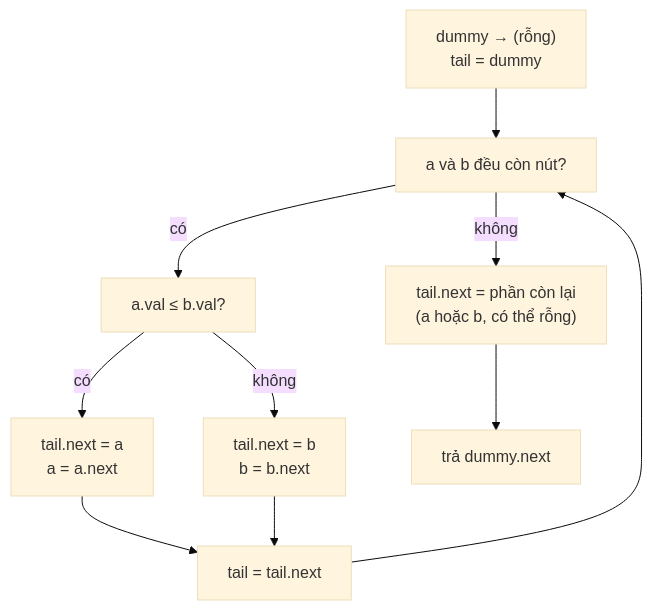
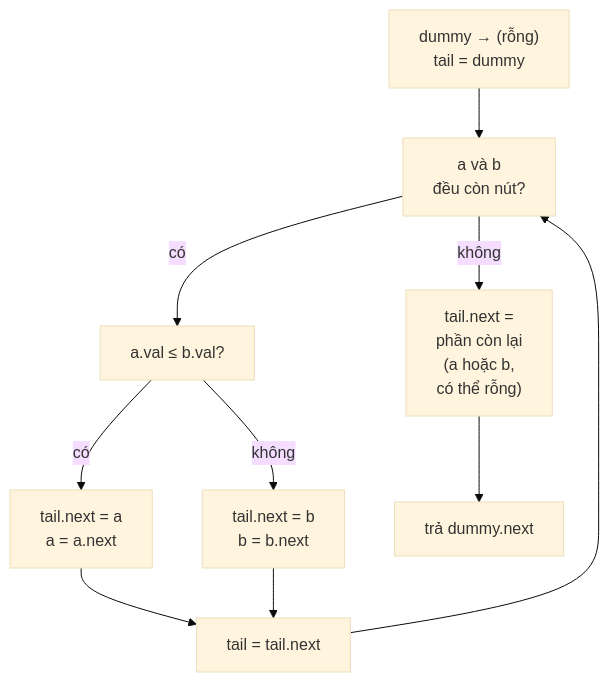
One commit to duongbui234/software-engineering-atlas changed the diagram in content/problems/merge-two-sorted-lists.md. Above: the diagram before and after it, drawn with Mermaid (base theme). The commit also changed 134 other files, not shown here.

First line of the commit message:
Fit every Mermaid diagram at 390px without sideways scroll (#56)

````diff
--- a/content/problems/merge-two-sorted-lists.md
+++ b/content/problems/merge-two-sorted-lists.md
@@ -50,12 +50,12 @@
 ```mermaid
 flowchart TB
-  A["dummy → (rỗng)<br/>tail = dummy"] --> B["a và b đều còn nút?"]
+  A["dummy → (rỗng)<br/>tail = dummy"] --> B["a và b<br/>đều còn nút?"]
   B -->|"có"| C["a.val ≤ b.val?"]
   C -->|"có"| D["tail.next = a<br/>a = a.next"]
   C -->|"không"| E["tail.next = b<br/>b = b.next"]
   D --> F["tail = tail.next"]
   E --> F
   F --> B
-  B -->|"không"| G["tail.next = phần còn lại<br/>(a hoặc b, có thể rỗng)"]
+  B -->|"không"| G["tail.next =<br/>phần còn lại<br/>(a hoặc b,<br/>có thể rỗng)"]
   G --> H["trả dummy.next"]
 ```
````
